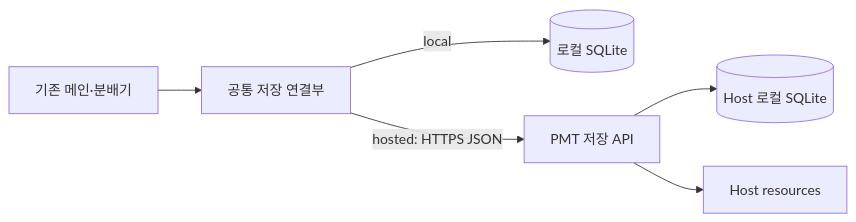
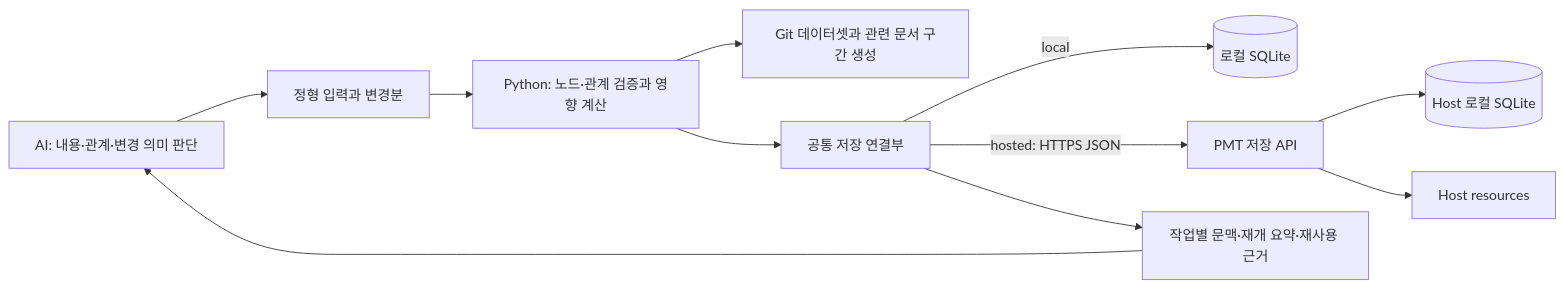
Before and after one commit to wnwjdals7498/j-ai-plugin: the diagram in proj-mgmt-tool/docs/03-hosted-storage.md, drawn with Mermaid. The commit also changed other lines of this file and 3 other files, not shown here.

````diff
--- a/proj-mgmt-tool/docs/03-hosted-storage.md
+++ b/proj-mgmt-tool/docs/03-hosted-storage.md
@@ -7,8 +11,13 @@
 ```mermaid
 flowchart LR
-    Main[기존 메인·분배기] --> Store[공통 저장 연결부]
+    Main[AI: 내용·관계·변경 의미 판단] --> Delta[정형 입력과 변경분]
+    Delta --> Core[Python: 노드·관계 검증과 영향 계산]
+    Core --> Docs[Git 데이터셋과 관련 문서 구간 생성]
+    Core --> Store[공통 저장 연결부]
     Store -->|local| Local[(로컬 SQLite)]
     Store -->|hosted: HTTPS JSON| API[PMT 저장 API]
     API --> DB[(Host 로컬 SQLite)]
     API --> Files[Host resources]
+    Store --> Context[작업별 문맥·재개 요약·재사용 근거]
+    Context --> Main
 ```
````
